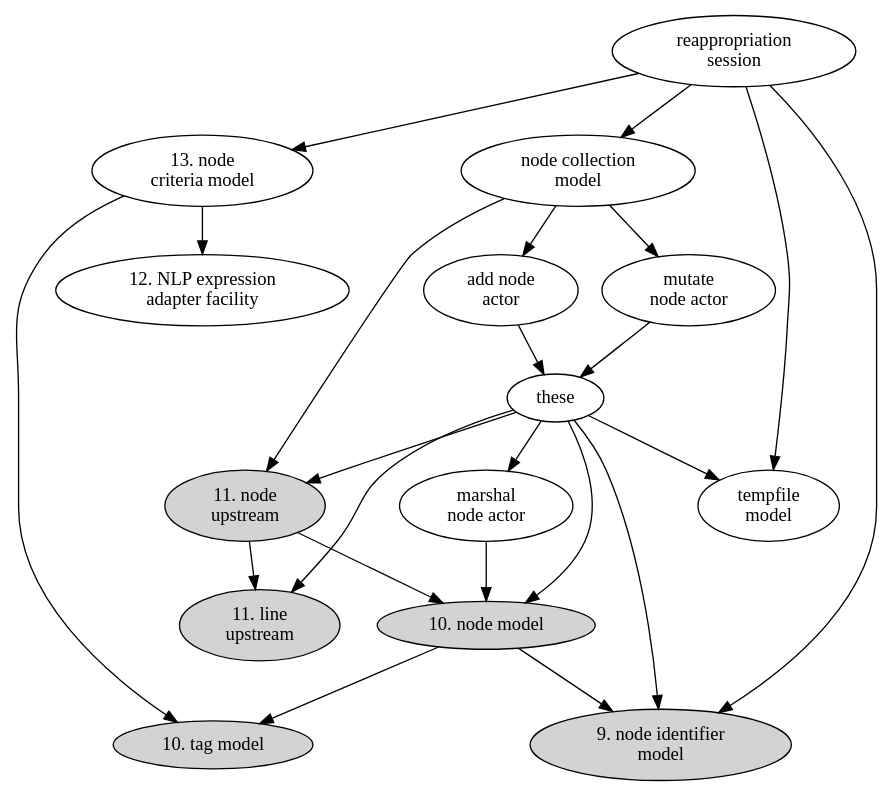
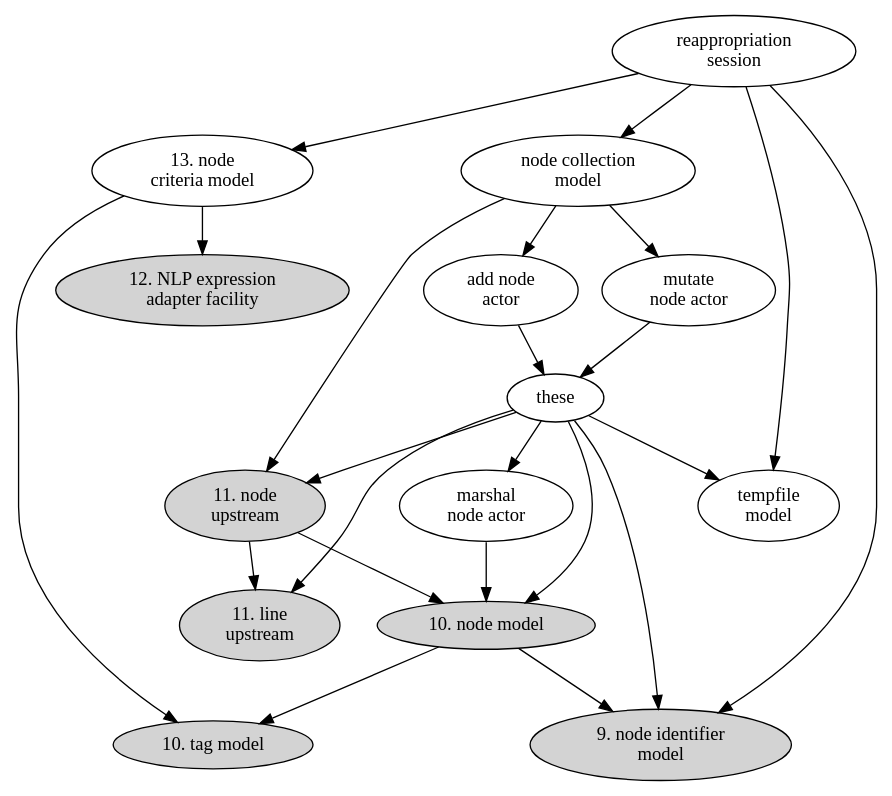
Before and after one commit to hipe/tmx: the diagram in lib/skylab/snag/doc/issues/038/component-digraph.dot, drawn with Graphviz. The commit also changed 7 other files, not shown here.

```diff
--- a/lib/skylab/snag/doc/issues/038/component-digraph.dot
+++ b/lib/skylab/snag/doc/issues/038/component-digraph.dot
@@ -1,66 +1,66 @@
 digraph {
 
   add_node_actor [label="add node\nactor"]
   criteria_model [label="13. node\ncriteria model"]
   line_upstream [label="11. line\nupstream" style=filled]
   marshal_node_actor [label="marshal\nnode actor"]
   mutate_node_actor [label="mutate\nnode actor"]
-  NLP_experiment [label="12. NLP expression\nadapter facility" ]
+  NLP_experiment [label="12. NLP expression\nadapter facility" style=filled]
   node_collection_model [label="node collection\nmodel"]
   node_identifier_model [label="9. node identifier\nmodel" style=filled]
   node_model [label="10. node model" style=filled]
   node_upstream [label="11. node\nupstream" style=filled]
   reappropriation_session [label="reappropriation\nsession"]
   tag_model [label="10. tag model" style=filled]
   tempfile_model [label="tempfile\nmodel"]
 
 
   reappropriation_session -> node_collection_model
 
   node_collection_model -> node_upstream
   node_upstream -> line_upstream
   node_upstream -> node_model
 
   reappropriation_session -> criteria_model
   reappropriation_session -> node_identifier_model
   reappropriation_session -> tempfile_model
 
   criteria_model -> tag_model
   criteria_model -> NLP_experiment
 
   node_collection_model -> mutate_node_actor
   node_collection_model -> add_node_actor
 
   mutate_node_actor -> these
   add_node_actor -> these
 
   these -> node_identifier_model
   these -> line_upstream
   these -> marshal_node_actor
   these -> node_upstream
   these -> node_model
   these -> tempfile_model
 
   node_model -> node_identifier_model
   node_model -> tag_model
   marshal_node_actor -> node_model
 
 /*
 ([sg] G.U CLI 1/3 [po] 1/2 [sg] 1/N deletes)
 ([sg]   /N renames)
 ([sg]   /N wippify all tests except "loads"
 ([sg]   /N API ping spec
 ([sg]   /N CLI integration (top)
 ([sg]   /N date spec
 ([sg]  7/N todo spec
 ([sg]  8/N todo's stream (back)
 ([sg]  9/N todo's stream (front)
 [ .. the above graph data .. ]
 ([sg]   /N universal stream visual test
 ([sg]   /N todo melt
 ([sg]   /N digraph spec (make one)
 ([sg]   /N find all
 */
 
 
 }
```
